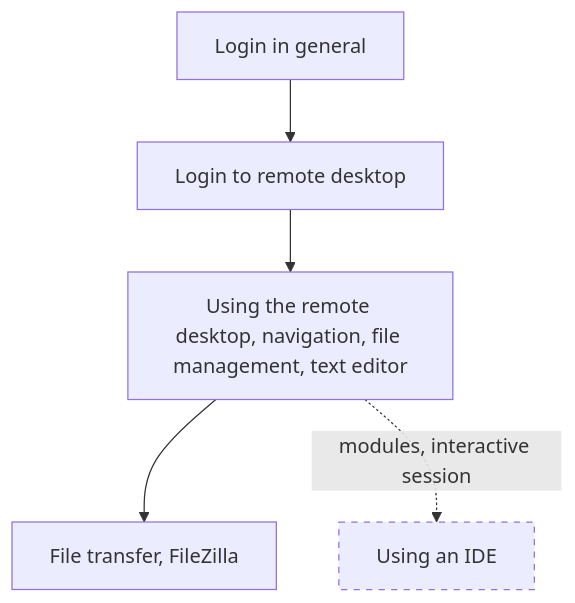
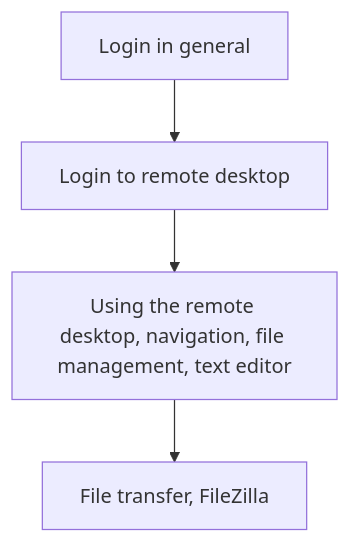
One commit to UPPMAX/uppmax_intro_day_1 changed the diagram in docs/sessions/introduction_visual.md. Above: the diagram before and after it, drawn with Mermaid. The commit also changed other lines of this file and 4 other files, not shown here.

````diff
--- a/docs/sessions/introduction_visual.md
+++ b/docs/sessions/introduction_visual.md
@@ -27,16 +24,14 @@
 ```mermaid
 flowchart TD
   classDef maybe_not_node stroke-dasharray: 5 5
 
   login[Login in general]
   login_remote_desktop[Login to remote desktop]
   use_remote_desktop[Using the remote desktop, navigation, file management, text editor]
   file_transfer_filezilla[File transfer, FileZilla]
-  use_ide[Using an IDE]:::maybe_not_node
 
   %% GUI
   login --> login_remote_desktop
   login_remote_desktop --> use_remote_desktop
   use_remote_desktop --> file_transfer_filezilla
-  use_remote_desktop -.-> |modules, interactive session| use_ide
 ```
````
